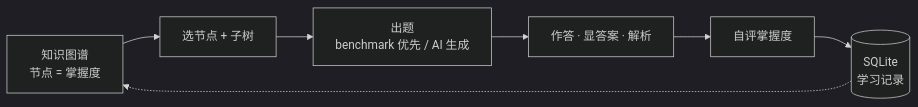
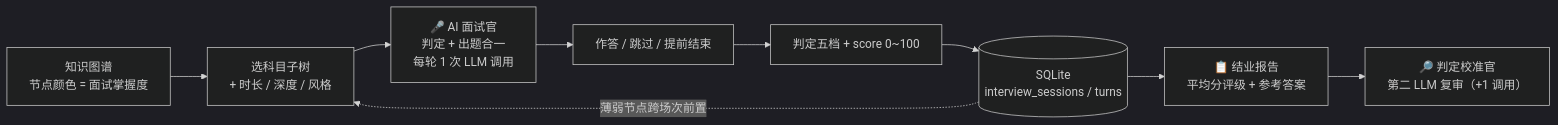
Before and after one commit to Baixiaodou/comm-knowledge-graph: the ninth of 12 diagrams in README.md, drawn with Mermaid (dark theme). The commit also changed other lines of this file and 1 other file, not shown here.

````diff
--- a/README.md
+++ b/README.md
@@ -511,9 +528,11 @@
 ```mermaid
 flowchart LR
-    G["知识图谱<br/>节点 = 掌握度"] --> N["选节点 + 子树"]
-    N --> Q["出题<br/>benchmark 优先 / AI 生成"]
-    Q --> A["作答 · 显答案 · 解析"]
-    A --> M["自评掌握度"]
-    M --> DB[("SQLite<br/>学习记录")]
-    DB -.-> G
+    G["知识图谱<br/>节点颜色 = 面试掌握度"] --> N["选科目子树<br/>+ 时长 / 深度 / 风格"]
+    N --> Q["🎤 AI 面试官<br/>判定 + 出题合一<br/>每轮 1 次 LLM 调用"]
+    Q --> A["作答 / 跳过 / 提前结束"]
+    A --> M["判定五档 + score 0~100"]
+    M --> DB[("SQLite<br/>interview_sessions / turns")]
+    DB -.->|薄弱节点跨场次前置| N
+    DB --> R["📋 结业报告<br/>平均分评级 + 参考答案"]
+    R --> R2["🔎 判定校准官<br/>第二 LLM 复审（+1 调用）"]
 ```
````
